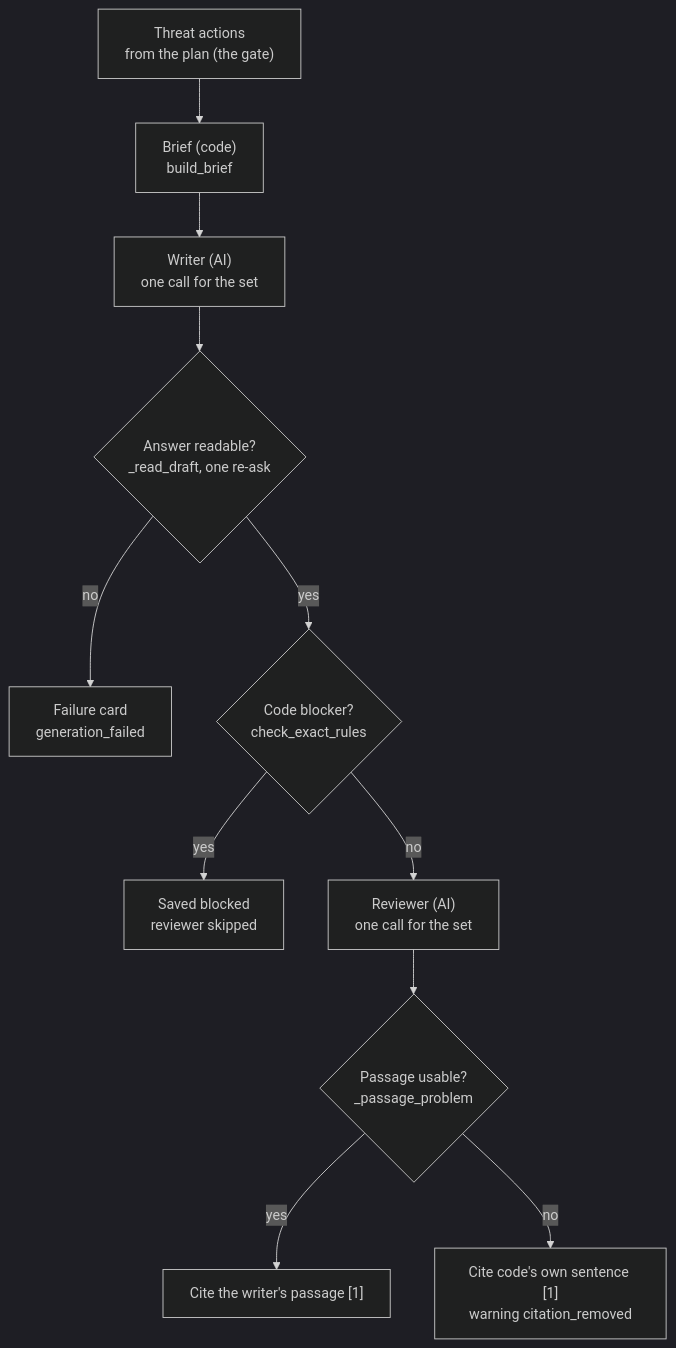
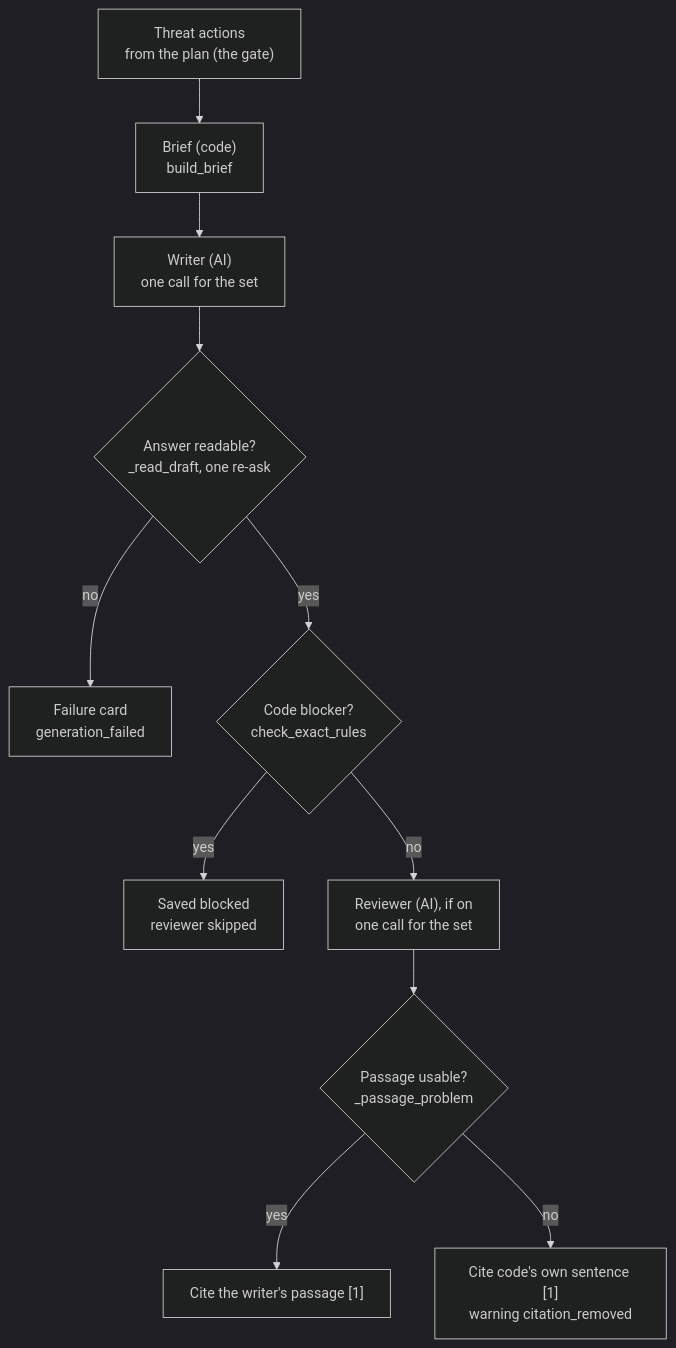
One commit to gopalchettri/cii changed the eighth of 13 diagrams in docs/TSG_END_TO_END_FLOW.md. Above: the diagram before and after it, drawn with Mermaid (dark theme). The commit also changed other lines of this file and 10 other files, not shown here.

````diff
--- a/docs/TSG_END_TO_END_FLOW.md
+++ b/docs/TSG_END_TO_END_FLOW.md
@@ -2177,13 +2179,13 @@
 ```mermaid
 flowchart TB
     A["Threat actions<br/>from the plan (the gate)"] --> B
     B["Brief (code)<br/>build_brief"] --> W["Writer (AI)<br/>one call for the set"]
     W --> R{"Answer readable?<br/>_read_draft, one re-ask"}
     R -- no --> F["Failure card<br/>generation_failed"]
     R -- yes --> X{"Code blocker?<br/>check_exact_rules"}
     X -- yes --> S["Saved blocked<br/>reviewer skipped"]
-    X -- no --> V["Reviewer (AI)<br/>one call for the set"]
+    X -- no --> V["Reviewer (AI), if on<br/>one call for the set"]
     V --> P{"Passage usable?<br/>_passage_problem"}
     P -- yes --> C1["Cite the writer's passage [1]"]
     P -- no --> C2["Cite code's own sentence [1]<br/>warning citation_removed"]
 ```
````
